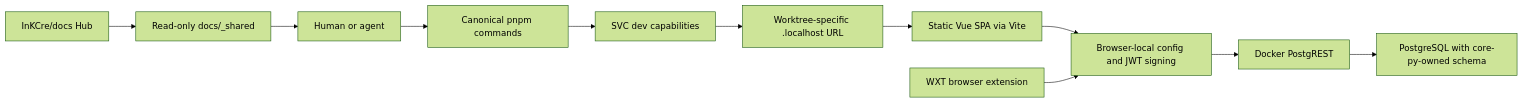
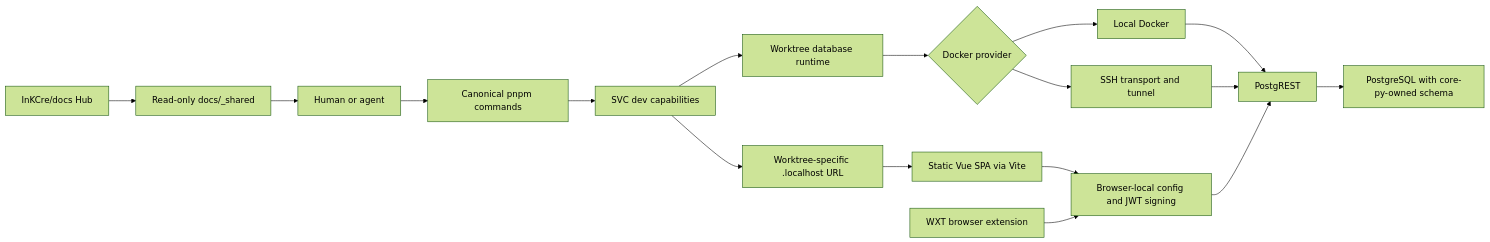
The diagram in tasks/developer-experience-engineering/30-target-contract.md (InKCre/client-web), drawn with Mermaid (forest theme) before and after one commit. The commit also changed other lines of this file and 26 other files, not shown here.

First line of the commit message:
feat(dx): add portable remote database provider

````diff
--- a/tasks/developer-experience-engineering/30-target-contract.md
+++ b/tasks/developer-experience-engineering/30-target-contract.md
@@ -59,13 +60,19 @@
 ```mermaid
 flowchart LR
   Actor["Human or agent"] --> Commands["Canonical pnpm commands"]
   Commands --> SVC["SVC dev capabilities"]
   SVC --> Portless["Worktree-specific .localhost URL"]
   Portless --> Vite["Static Vue SPA via Vite"]
   Vite --> Browser["Browser-local config and JWT signing"]
   WebExt["WXT browser extension"] --> Browser
-  Browser --> PGRST["Docker PostgREST"]
+  SVC --> Database["Worktree database runtime"]
+  Database --> Provider{"Docker provider"}
+  Provider --> Local["Local Docker"]
+  Provider --> SSH["SSH transport and tunnel"]
+  Local --> PGRST["PostgREST"]
+  SSH --> PGRST
+  Browser --> PGRST
   PGRST --> PG["PostgreSQL with core-py-owned schema"]
   Docs["InKCre/docs Hub"] --> Shared["Read-only docs/_shared"]
   Shared --> Actor
 ```
````
